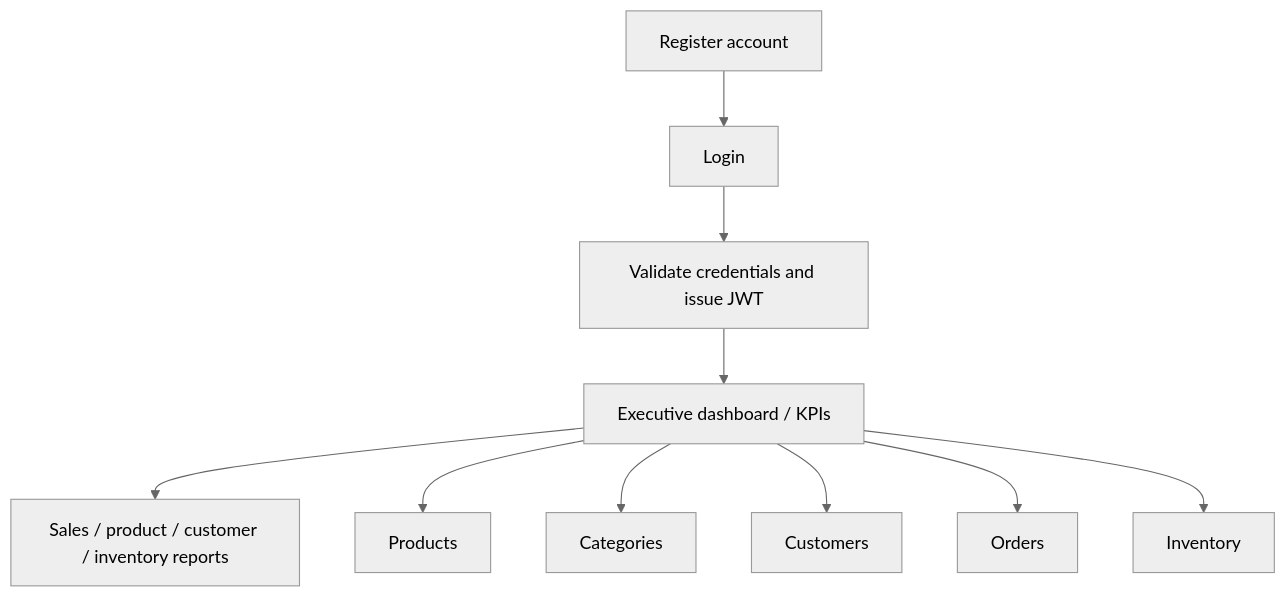
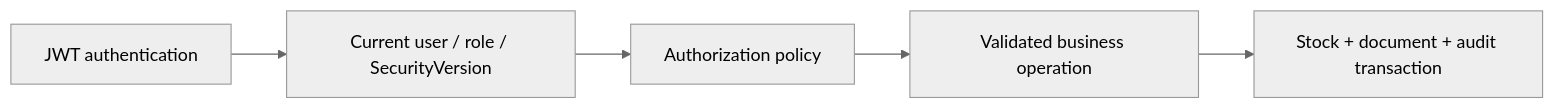
Before and after one commit to SCanerG/DemoErp: the third of 4 diagrams in README.md, drawn with Mermaid (neutral theme). The commit also changed other lines of this file and 179 other files, not shown here.

````diff
--- a/README.md
+++ b/README.md
@@ -251,12 +91,7 @@
 ```mermaid
-flowchart TD
-  Register[Register account] --> Login[Login]
-  Login --> Auth[Validate credentials and issue JWT]
-  Auth --> Workspace[Executive dashboard / KPIs]
-  Workspace --> Reports[Sales / product / customer / inventory reports]
-  Workspace --> Products[Products]
-  Workspace --> Categories[Categories]
-  Workspace --> Customers[Customers]
-  Workspace --> Orders[Orders]
-  Workspace --> Inventory[Inventory]
+flowchart LR
+  Token[JWT authentication] --> Current[Current user / role / SecurityVersion]
+  Current --> Policy[Authorization policy]
+  Policy --> Operation[Validated business operation]
+  Operation --> Transaction[Stock + document + audit transaction]
 ```
````
